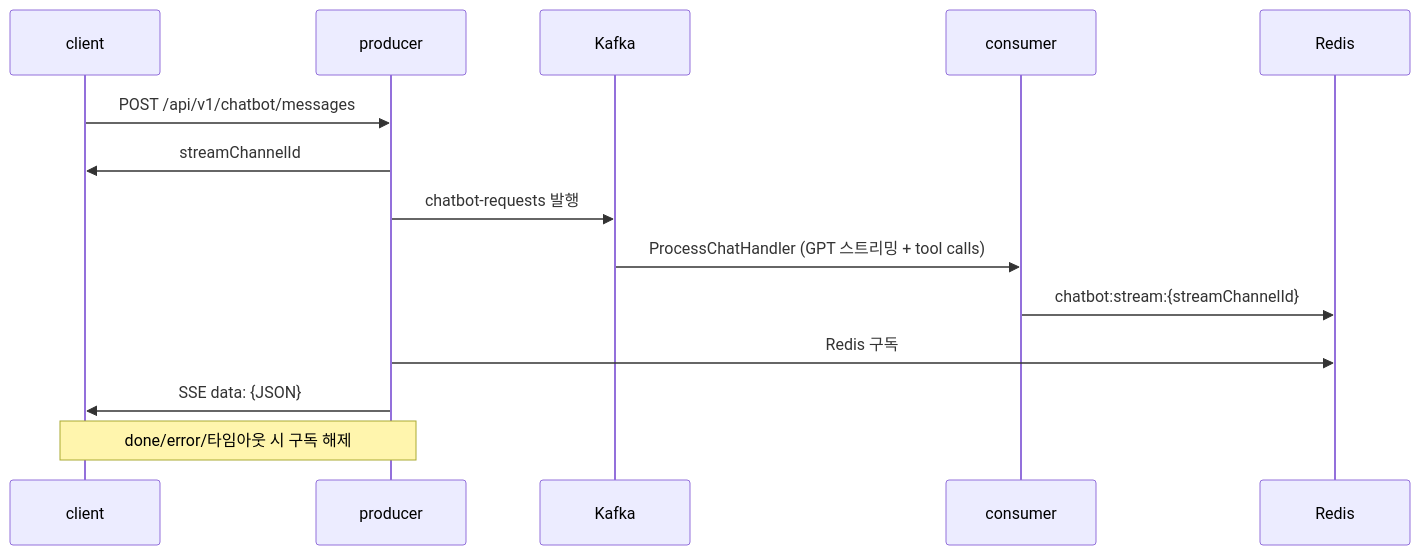
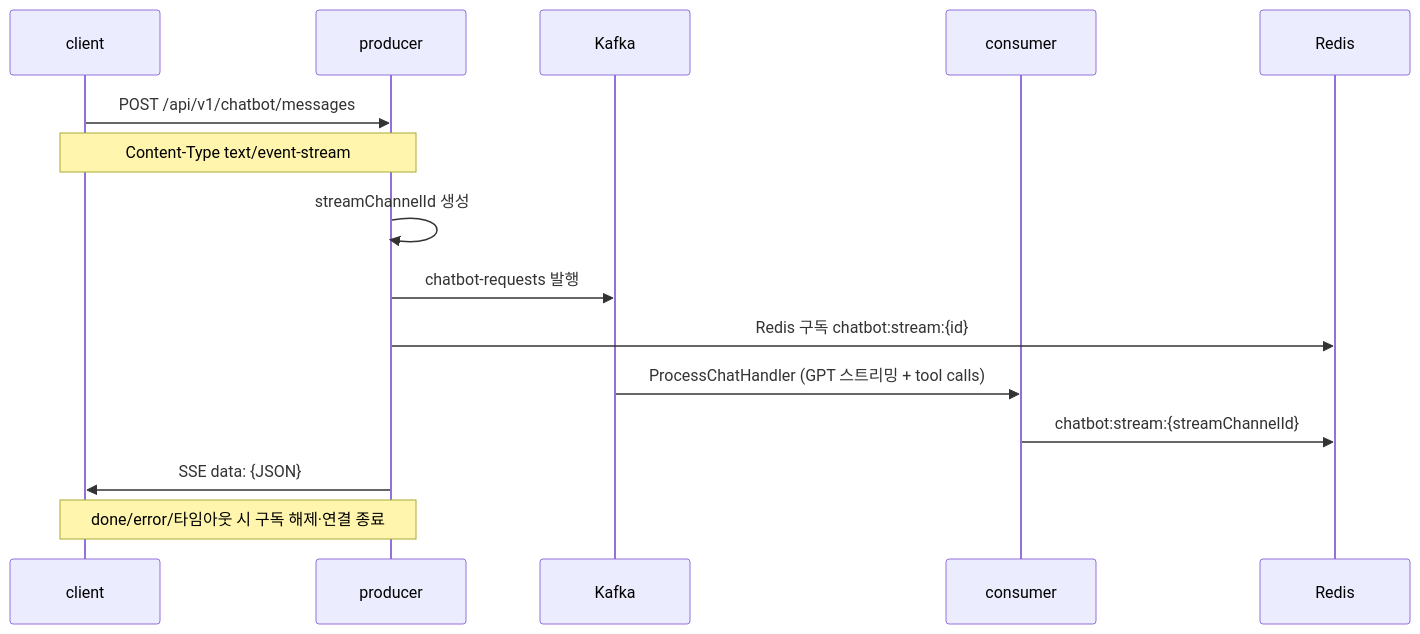
One commit to tkddnr1022/mealio changed the diagram in docs/docs/producer/chatbot-sse.md. Above: the diagram before and after it, drawn with Mermaid. The commit also changed other lines of this file and 48 other files, not shown here.

````diff
--- a/docs/docs/producer/chatbot-sse.md
+++ b/docs/docs/producer/chatbot-sse.md
@@ -11,16 +11,17 @@
 ```mermaid
 sequenceDiagram
     participant C as client
     participant P as producer
     participant K as Kafka
     participant CV as consumer
     participant R as Redis
     C->>P: POST /api/v1/chatbot/messages
-    P->>C: streamChannelId
+    Note over P,C: Content-Type text/event-stream
+    P->>P: streamChannelId 생성
     P->>K: chatbot-requests 발행
+    P->>R: Redis 구독 chatbot:stream:{id}
     K->>CV: ProcessChatHandler (GPT 스트리밍 + tool calls)
     CV->>R: chatbot:stream:{streamChannelId}
-    P->>R: Redis 구독
     P->>C: SSE data: {JSON}
-    Note over P,C: done/error/타임아웃 시 구독 해제
+    Note over P,C: done/error/타임아웃 시 구독 해제·연결 종료
 ```
````
